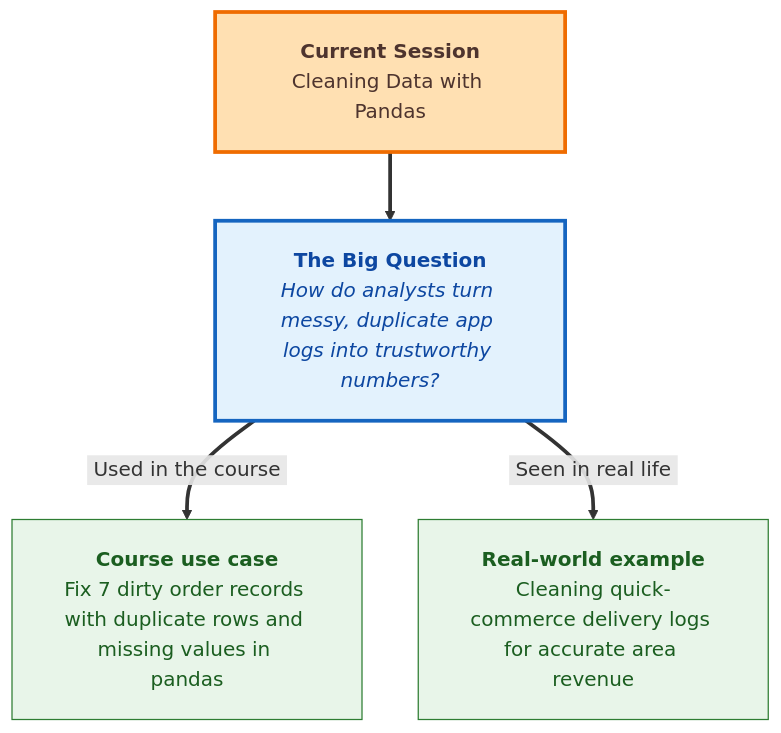
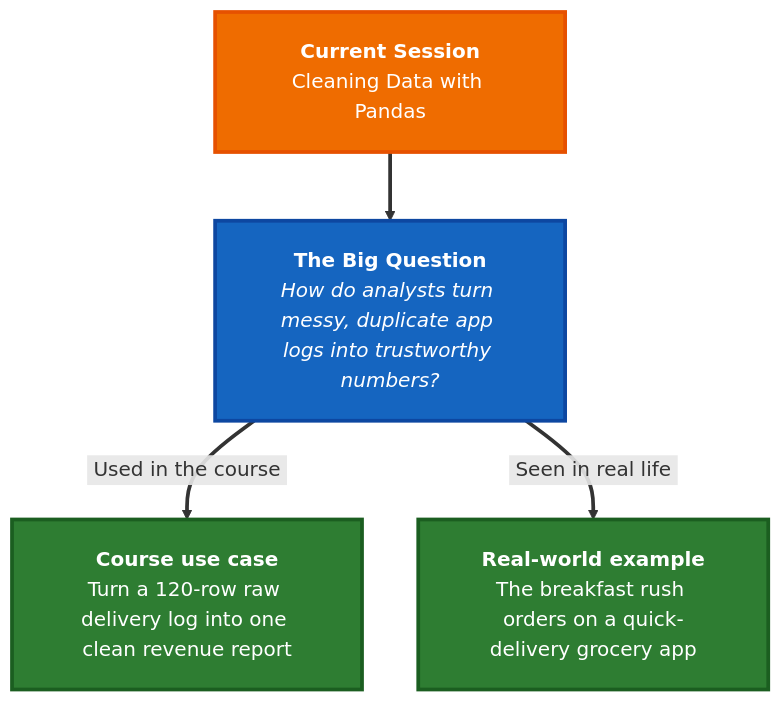
Before and after one commit to MohammedAliazhar/azhar-curriculum: the diagram in IITP-GenAI-TA-I2606/module-04-genai-analytics-workflows-python/lecture-10-cleaning-data-with-pandas/pre-read.md, drawn with Mermaid. The commit also changed other lines of this file and 10 other files, not shown here.

````diff
--- a/IITP-GenAI-TA-I2606/module-04-genai-analytics-workflows-python/lecture-10-cleaning-data-with-pandas/pre-read.md
+++ b/IITP-GenAI-TA-I2606/module-04-genai-analytics-workflows-python/lecture-10-cleaning-data-with-pandas/pre-read.md
@@ -5,22 +5,22 @@
 ```mermaid
 %%{init: {'flowchart': {'nodeSpacing': 45, 'rankSpacing': 55, 'padding': 20}}}%%
 flowchart TB
   CUR["<b>Current Session</b><br/>Cleaning Data with Pandas"]
   Q["<b>The Big Question</b><br/><i>How do analysts turn messy, duplicate app logs into trustworthy numbers?</i>"]
-  CV["<b>Course use case</b><br/>Fix 7 dirty order records with duplicate rows and missing values in pandas"]
-  RL["<b>Real-world example</b><br/>Cleaning quick-commerce delivery logs for accurate area revenue"]
+  CV["<b>Course use case</b><br/>Turn a 120-row raw delivery log into one clean revenue report"]
+  RL["<b>Real-world example</b><br/>The breakfast rush orders on a quick-delivery grocery app"]
 
   CUR ==> Q
   Q ==>|&nbsp;Used in the course&nbsp;| CV
   Q ==>|&nbsp;Seen in real life&nbsp;| RL
 
-  classDef currSes fill:#ffe0b2,stroke:#ef6c00,color:#4e342e,stroke-width:3px
-  classDef ask fill:#e3f2fd,stroke:#1565c0,color:#0d47a1,stroke-width:3px
-  classDef val fill:#e8f5e9,stroke:#2e7d32,color:#1b5e20
+  classDef currSes fill:#ef6c00,stroke:#e65100,color:#ffffff,stroke-width:3px
+  classDef ask fill:#1565c0,stroke:#0d47a1,color:#ffffff,stroke-width:3px
+  classDef val fill:#2e7d32,stroke:#1b5e20,color:#ffffff,stroke-width:3px
 
   class CUR currSes
   class Q ask
   class CV,RL val
 
   linkStyle default stroke-width:3px
 ```
````
